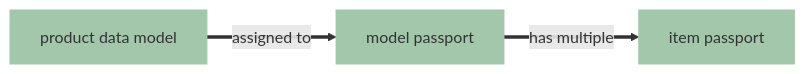
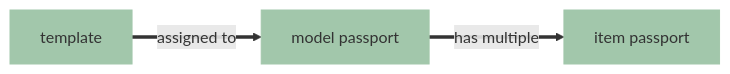
Before and after one commit to open-dpp/api-docs: the diagram in docs/getting-started/concepts.md, drawn with Mermaid. The commit also changed other lines of this file and 1 other file, not shown here.

First line of the commit message:
Refactor API documentation to replace "product data models" with "templates"

````diff
--- a/docs/getting-started/concepts.md
+++ b/docs/getting-started/concepts.md
@@ -6,10 +6,10 @@
 ```mermaid
 flowchart LR
-    PM@{ shape: rect, label: "product data model" }
+    PM@{ shape: rect, label: "template" }
     MO@{ shape: rect, label: "model passport" }
     IT@{ shape: rect, label: "item passport" }
     classDef default fill:#A2C7AB,stroke:#A2C7AB
     
     PM == "assigned to" ==> MO
     MO == "has multiple" ==> IT
 ```
````
